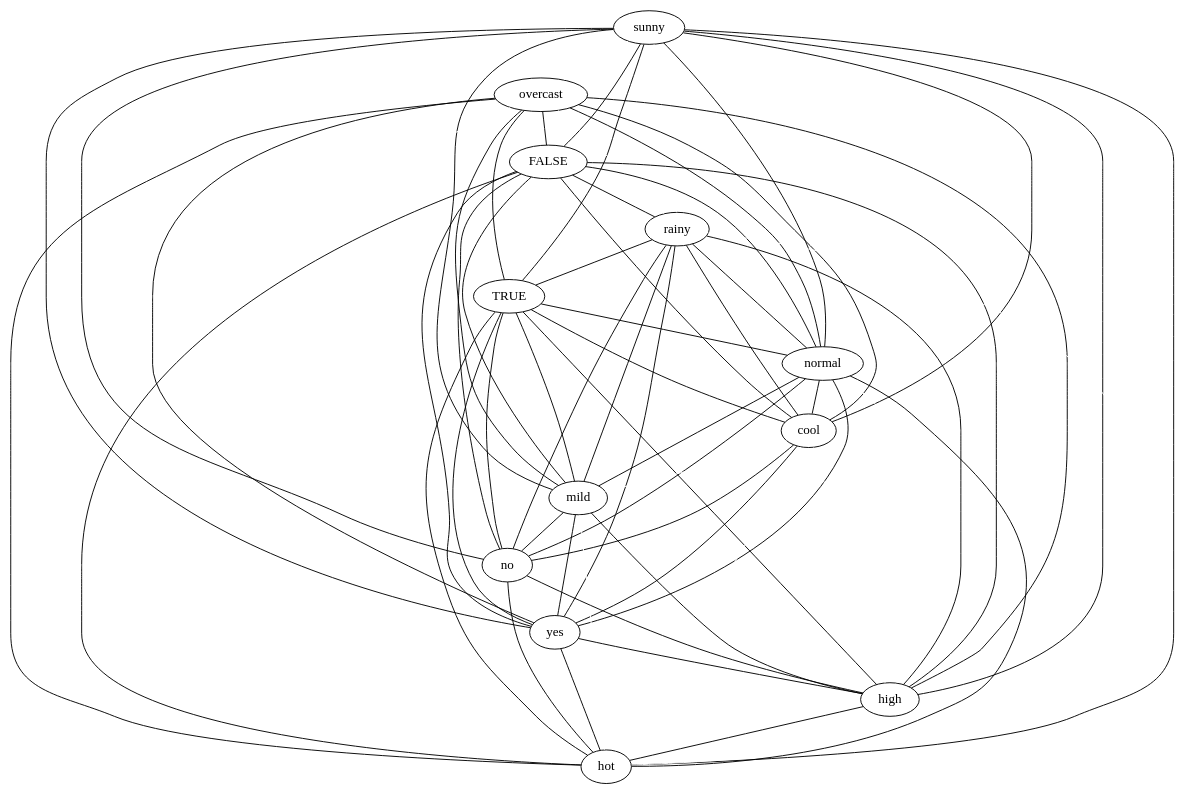
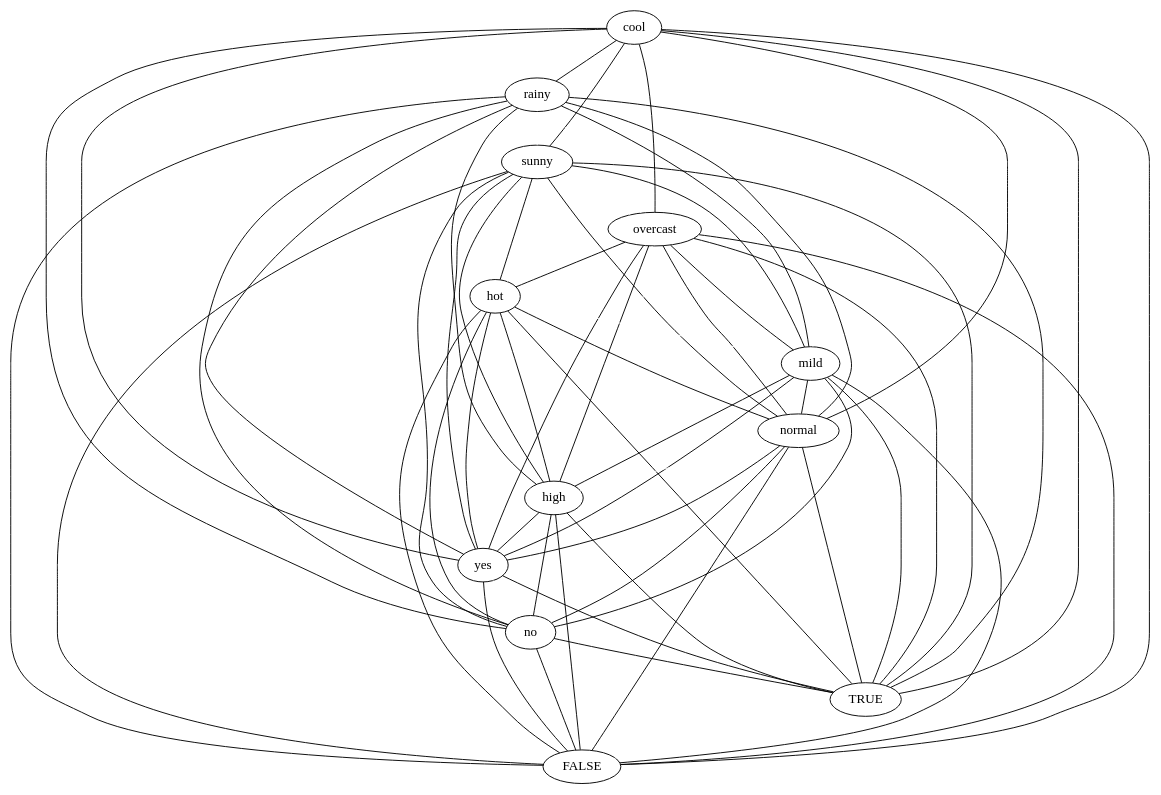
The diagram in src/final/plainGraph.dot (lrodrin/TFG), drawn with Graphviz before and after one commit. The commit also changed 13 other files, not shown here.

```diff
--- a/src/final/plainGraph.dot
+++ b/src/final/plainGraph.dot
@@ -1,80 +1,80 @@
 strict graph "" {
+cool;
+rainy;
 sunny;
 overcast;
+hot;
+mild;
+normal;
+high;
+yes;
+no;
+TRUE;
 FALSE;
-rainy;
-TRUE;
-normal;
-cool;
-mild;
-no;
-yes;
-high;
-hot;
+cool -- yes  [color=black];
+cool -- sunny  [color=black];
+cool -- normal  [color=black];
+cool -- TRUE  [color=black];
+cool -- rainy  [color=black];
+cool -- no  [color=black];
+cool -- mild  [color=white];
+cool -- overcast  [color=black];
+cool -- FALSE  [color=black];
+cool -- high  [color=white];
+cool -- hot  [color=white];
+rainy -- FALSE  [color=black];
+rainy -- sunny  [color=white];
+rainy -- TRUE  [color=black];
+rainy -- normal  [color=black];
+rainy -- no  [color=black];
+rainy -- mild  [color=black];
+rainy -- overcast  [color=white];
+rainy -- yes  [color=black];
+rainy -- high  [color=black];
+rainy -- hot  [color=white];
+sunny -- hot  [color=black];
+sunny -- normal  [color=black];
 sunny -- TRUE  [color=black];
-sunny -- normal  [color=black];
-sunny -- cool  [color=black];
+sunny -- no  [color=black];
 sunny -- mild  [color=black];
 sunny -- overcast  [color=white];
-sunny -- FALSE  [color=black];
-sunny -- no  [color=black];
 sunny -- yes  [color=black];
 sunny -- high  [color=black];
-sunny -- hot  [color=black];
-sunny -- rainy  [color=white];
+sunny -- FALSE  [color=black];
+overcast -- FALSE  [color=black];
 overcast -- TRUE  [color=black];
 overcast -- normal  [color=black];
-overcast -- cool  [color=black];
 overcast -- no  [color=white];
 overcast -- mild  [color=black];
-overcast -- FALSE  [color=black];
 overcast -- yes  [color=black];
 overcast -- high  [color=black];
 overcast -- hot  [color=black];
-overcast -- rainy  [color=white];
-FALSE -- TRUE  [color=white];
-FALSE -- normal  [color=black];
-FALSE -- cool  [color=black];
-FALSE -- mild  [color=black];
-FALSE -- no  [color=black];
-FALSE -- yes  [color=black];
-FALSE -- high  [color=black];
-FALSE -- hot  [color=black];
-FALSE -- rainy  [color=black];
-rainy -- TRUE  [color=black];
-rainy -- normal  [color=black];
-rainy -- cool  [color=black];
-rainy -- mild  [color=black];
-rainy -- no  [color=black];
-rainy -- yes  [color=black];
-rainy -- high  [color=black];
-rainy -- hot  [color=white];
-TRUE -- no  [color=black];
-TRUE -- normal  [color=black];
-TRUE -- cool  [color=black];
-TRUE -- mild  [color=black];
-TRUE -- yes  [color=black];
-TRUE -- high  [color=black];
-TRUE -- hot  [color=black];
-normal -- cool  [color=black];
+hot -- normal  [color=black];
+hot -- TRUE  [color=black];
+hot -- no  [color=black];
+hot -- mild  [color=white];
+hot -- yes  [color=black];
+hot -- high  [color=black];
+hot -- FALSE  [color=black];
+mild -- normal  [color=black];
+mild -- TRUE  [color=black];
+mild -- no  [color=black];
+mild -- FALSE  [color=black];
+mild -- yes  [color=black];
+mild -- high  [color=black];
+normal -- FALSE  [color=black];
+normal -- TRUE  [color=black];
 normal -- no  [color=black];
-normal -- mild  [color=black];
 normal -- yes  [color=black];
 normal -- high  [color=white];
-normal -- hot  [color=black];
-cool -- mild  [color=white];
-cool -- no  [color=black];
-cool -- yes  [color=black];
-cool -- high  [color=white];
-cool -- hot  [color=white];
-mild -- no  [color=black];
-mild -- yes  [color=black];
-mild -- high  [color=black];
-mild -- hot  [color=white];
-no -- yes  [color=white];
-no -- high  [color=black];
-no -- hot  [color=black];
-yes -- high  [color=black];
-yes -- hot  [color=black];
-high -- hot  [color=black];
+high -- FALSE  [color=black];
+high -- no  [color=black];
+high -- yes  [color=black];
+high -- TRUE  [color=black];
+yes -- TRUE  [color=black];
+yes -- no  [color=white];
+yes -- FALSE  [color=black];
+no -- FALSE  [color=black];
+no -- TRUE  [color=black];
+TRUE -- FALSE  [color=white];
 }
```
